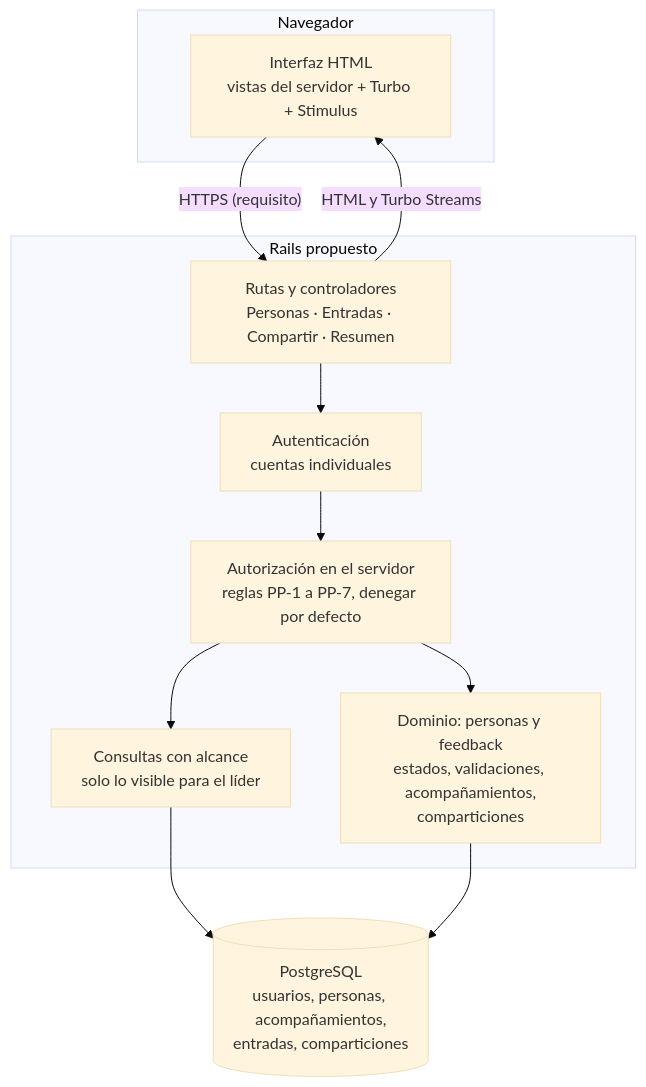
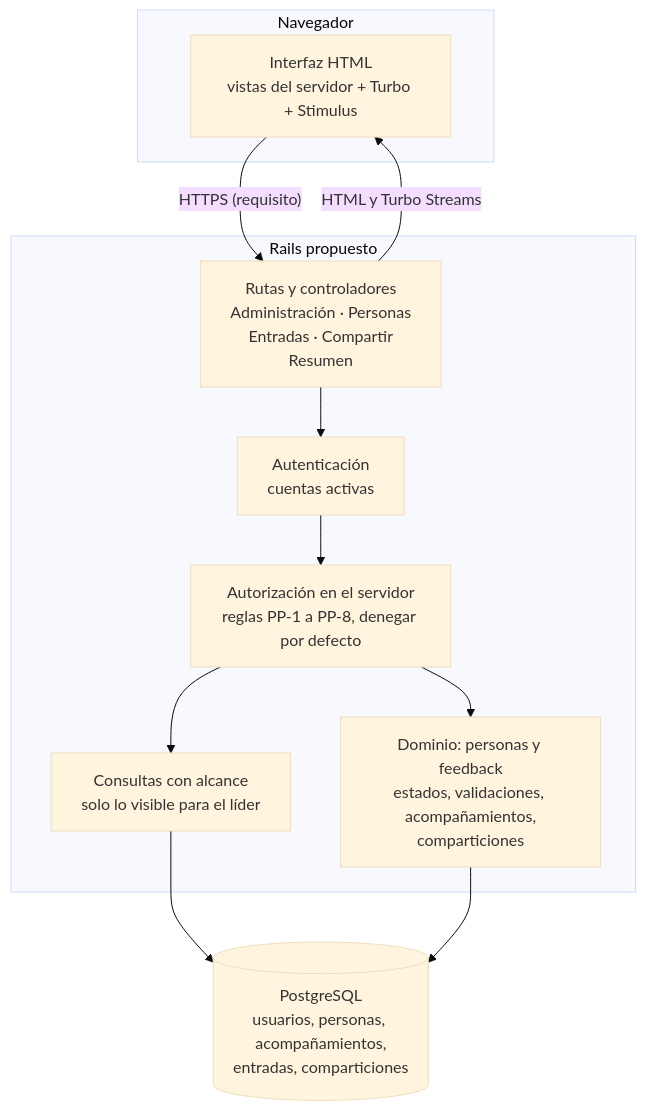
One commit to pablo-wpify/ensayo-openspec-growth-log changed the first of 4 diagrams in README.md. Above: the diagram before and after it, drawn with Mermaid (base theme). The commit also changed other lines of this file and 7 other files, not shown here.

````diff
--- a/README.md
+++ b/README.md
@@ -225,22 +238,22 @@
 ```mermaid
 flowchart TB
   subgraph NAV["Navegador"]
     UI["Interfaz HTML<br/>vistas del servidor + Turbo + Stimulus"]
   end
   subgraph APP["Rails propuesto"]
-    RT["Rutas y controladores<br/>Personas · Entradas · Compartir · Resumen"]
-    AUTH["Autenticación<br/>cuentas individuales"]
-    POL["Autorización en el servidor<br/>reglas PP-1 a PP-7, denegar por defecto"]
+    RT["Rutas y controladores<br/>Administración · Personas<br/>Entradas · Compartir<br/>Resumen"]
+    AUTH["Autenticación<br/>cuentas activas"]
+    POL["Autorización en el servidor<br/>reglas PP-1 a PP-8, denegar por defecto"]
     SCOPE["Consultas con alcance<br/>solo lo visible para el líder"]
     DOM["Dominio: personas y feedback<br/>estados, validaciones, acompañamientos,<br/>comparticiones"]
   end
   DB[("PostgreSQL<br/>usuarios, personas, acompañamientos,<br/>entradas, comparticiones")]
   UI -- "HTTPS (requisito)" --> RT
   RT --> AUTH
   AUTH --> POL
   POL --> SCOPE
   POL --> DOM
   SCOPE --> DB
   DOM --> DB
   RT -- "HTML y Turbo Streams" --> UI
 ```
````
